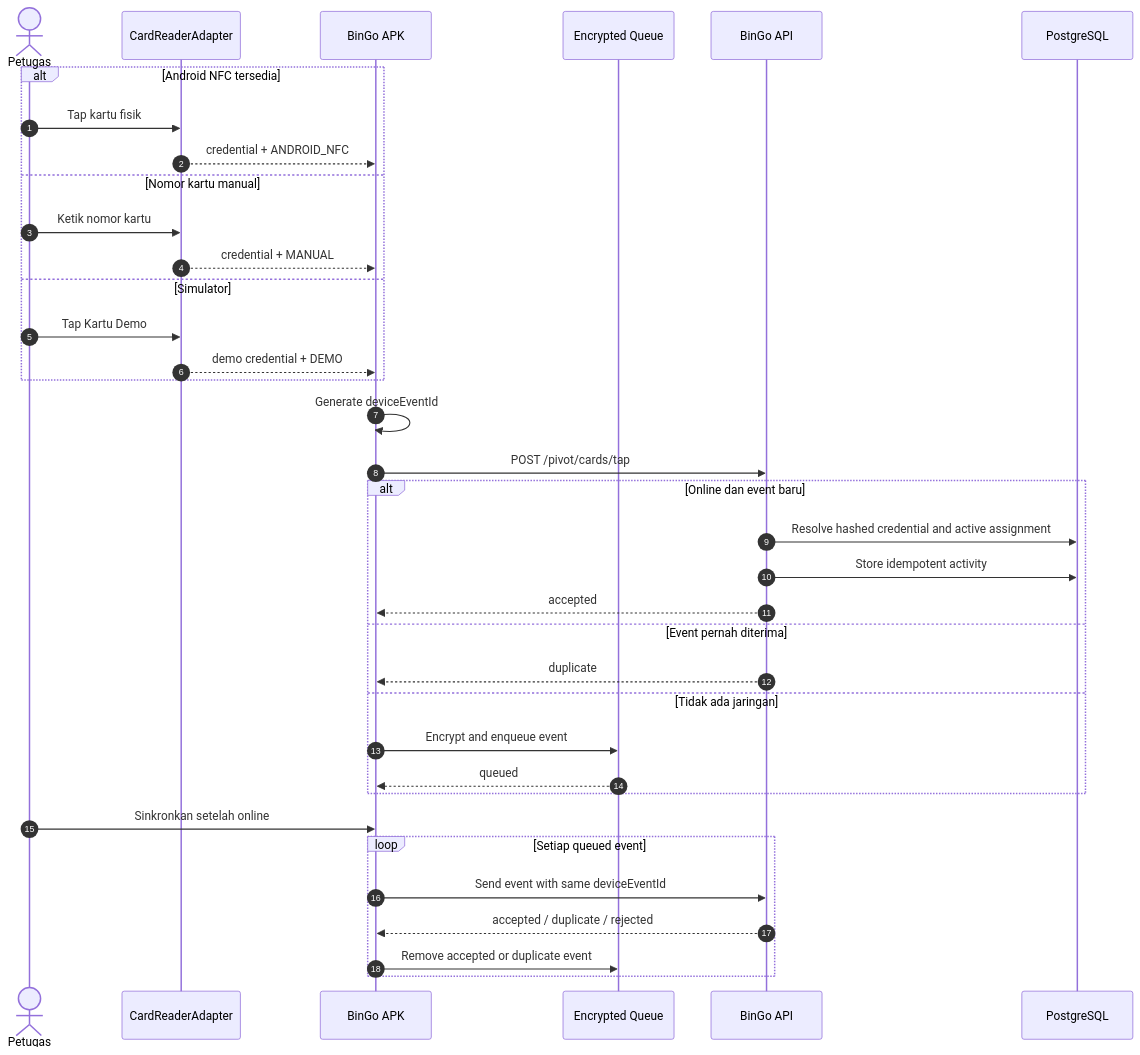
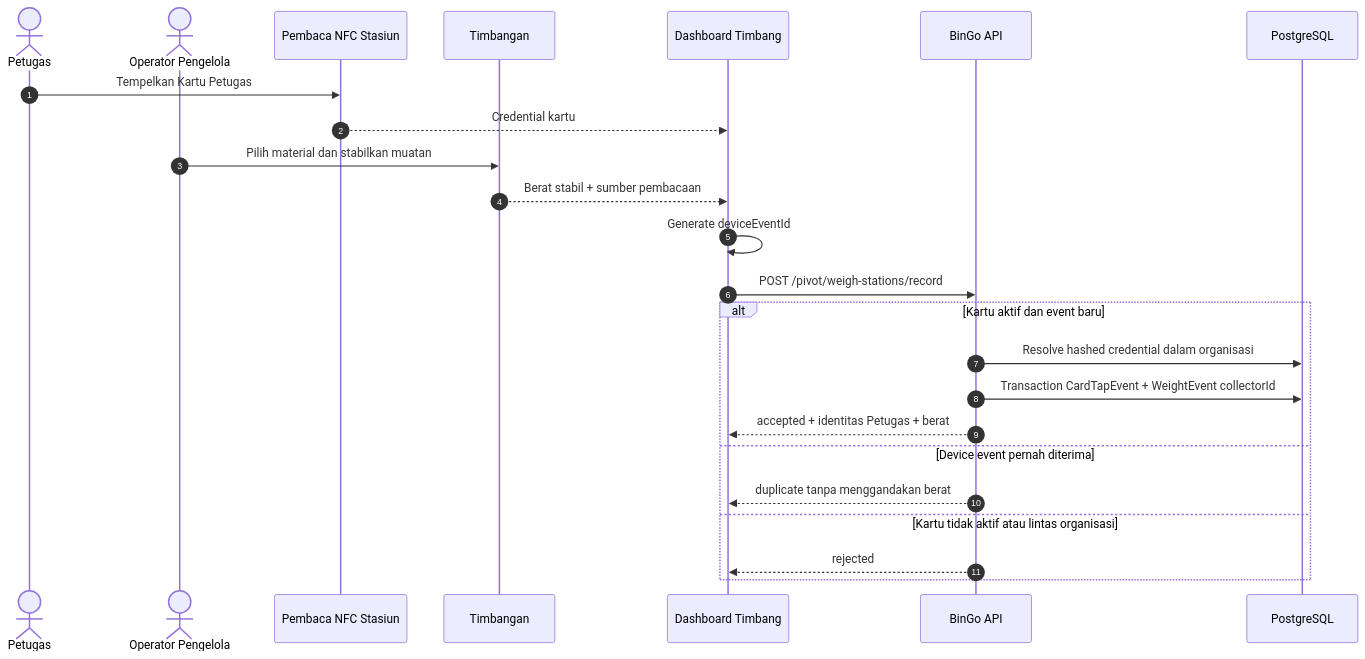
One commit to mips-avr/BinGo changed diagram 12 of 25 in docs/MERMAID-ARCHITECTURE-DIAGRAMS.md. Above: the diagram before and after it, drawn with Mermaid. The commit also changed other lines of this file and 8 other files, not shown here.

Commit message:
feat: link NFC station weighing to collector accounts

````diff
--- a/docs/MERMAID-ARCHITECTURE-DIAGRAMS.md
+++ b/docs/MERMAID-ARCHITECTURE-DIAGRAMS.md
@@ -428,42 +428,28 @@
 ```mermaid
 sequenceDiagram
     autonumber
     actor Collector as Petugas
-    participant Reader as CardReaderAdapter
-    participant APK as BinGo APK
-    participant Queue as Encrypted Queue
+    actor Operator as Operator Pengelola
+    participant Reader as Pembaca NFC Stasiun
+    participant Scale as Timbangan
+    participant UI as Dashboard Timbang
     participant API as BinGo API
     participant DB as PostgreSQL
 
-    alt Android NFC tersedia
-        Collector->>Reader: Tap kartu fisik
-        Reader-->>APK: credential + ANDROID_NFC
-    else Nomor kartu manual
-        Collector->>Reader: Ketik nomor kartu
-        Reader-->>APK: credential + MANUAL
-    else Simulator
-        Collector->>Reader: Tap Kartu Demo
-        Reader-->>APK: demo credential + DEMO
-    end
+    Collector->>Reader: Tempelkan Kartu Petugas
+    Reader-->>UI: Credential kartu
+    Operator->>Scale: Pilih material dan stabilkan muatan
+    Scale-->>UI: Berat stabil + sumber pembacaan
+    UI->>UI: Generate deviceEventId
+    UI->>API: POST /pivot/weigh-stations/record
 
-    APK->>APK: Generate deviceEventId
-    APK->>API: POST /pivot/cards/tap
-
-    alt Online dan event baru
-        API->>DB: Resolve hashed credential and active assignment
-        API->>DB: Store idempotent activity
-        API-->>APK: accepted
-    else Event pernah diterima
-        API-->>APK: duplicate
-    else Tidak ada jaringan
-        APK->>Queue: Encrypt and enqueue event
-        Queue-->>APK: queued
-    end
-
-    Collector->>APK: Sinkronkan setelah online
-    loop Setiap queued event
-        APK->>API: Send event with same deviceEventId
-        API-->>APK: accepted / duplicate / rejected
-        APK->>Queue: Remove accepted or duplicate event
+    alt Kartu aktif dan event baru
+        API->>DB: Resolve hashed credential dalam organisasi
+        API->>DB: Transaction CardTapEvent + WeightEvent collectorId
+        API-->>UI: accepted + identitas Petugas + berat
+    else Device event pernah diterima
+        API-->>UI: duplicate tanpa menggandakan berat
+    else Kartu tidak aktif atau lintas organisasi
+        API-->>UI: rejected
     end
 ```
````
